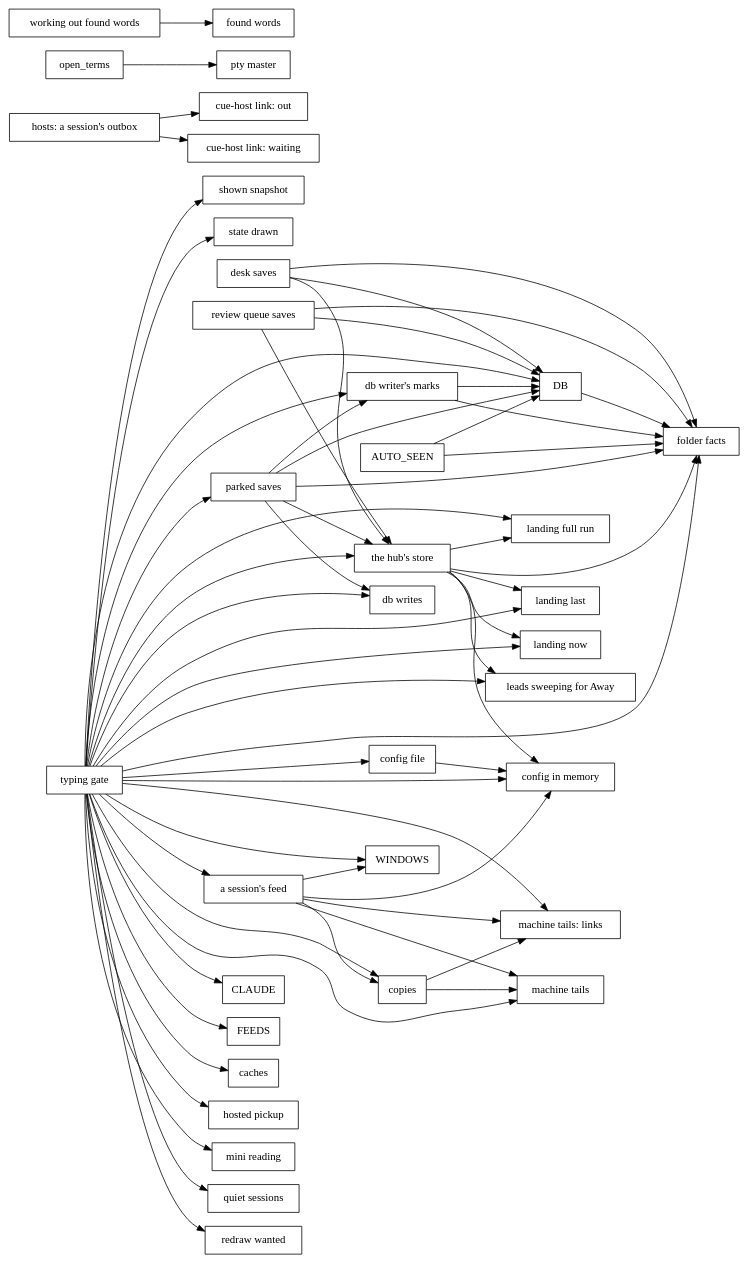
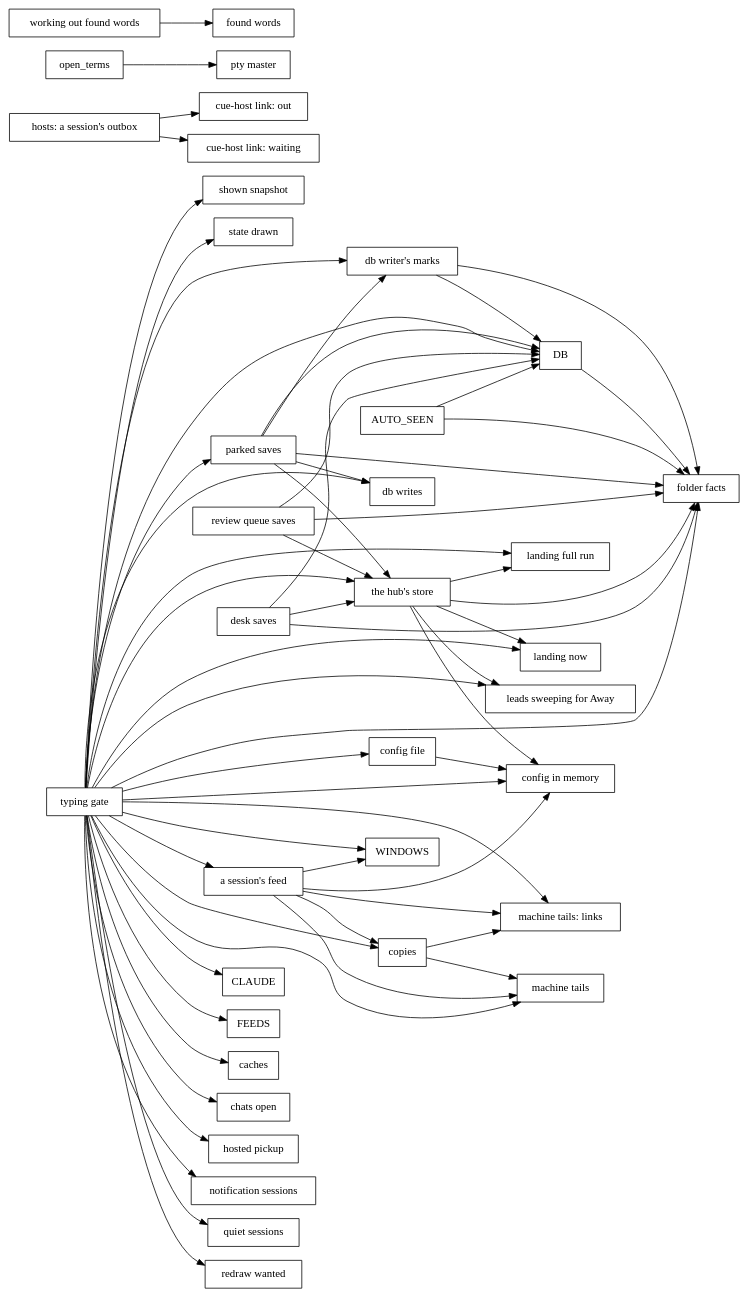
The diagram in docs/dev/lock-graph.dot (spacegrowth/cue), drawn with Graphviz before and after one commit. The commit also changed 61 other files, not shown here.

```diff
--- a/docs/dev/lock-graph.dot
+++ b/docs/dev/lock-graph.dot
@@ -1,65 +1,64 @@
 // Generated by `cargo run -p xtask -- inventory`; don't edit by hand.
 digraph locks {
   rankdir=LR;
   node [shape=box];
   "AUTO_SEEN" -> "DB";
   "AUTO_SEEN" -> "folder facts";
   "DB" -> "folder facts";
   "a session's feed" -> "WINDOWS";
   "a session's feed" -> "config in memory";
   "a session's feed" -> "copies";
   "a session's feed" -> "machine tails";
   "a session's feed" -> "machine tails: links";
   "config file" -> "config in memory";
   "copies" -> "machine tails";
   "copies" -> "machine tails: links";
   "db writer's marks" -> "DB";
   "db writer's marks" -> "folder facts";
   "desk saves" -> "DB";
   "desk saves" -> "folder facts";
   "desk saves" -> "the hub's store";
   "hosts: a session's outbox" -> "cue-host link: out";
   "hosts: a session's outbox" -> "cue-host link: waiting";
   "open_terms" -> "pty master";
   "parked saves" -> "DB";
   "parked saves" -> "db writer's marks";
   "parked saves" -> "db writes";
   "parked saves" -> "folder facts";
   "parked saves" -> "the hub's store";
   "review queue saves" -> "DB";
   "review queue saves" -> "folder facts";
   "review queue saves" -> "the hub's store";
   "the hub's store" -> "config in memory";
   "the hub's store" -> "folder facts";
   "the hub's store" -> "landing full run";
-  "the hub's store" -> "landing last";
   "the hub's store" -> "landing now";
   "the hub's store" -> "leads sweeping for Away";
   "typing gate" -> "CLAUDE";
   "typing gate" -> "DB";
   "typing gate" -> "FEEDS";
   "typing gate" -> "WINDOWS";
   "typing gate" -> "a session's feed";
   "typing gate" -> "caches";
+  "typing gate" -> "chats open";
   "typing gate" -> "config file";
   "typing gate" -> "config in memory";
   "typing gate" -> "copies";
   "typing gate" -> "db writer's marks";
   "typing gate" -> "db writes";
   "typing gate" -> "folder facts";
   "typing gate" -> "hosted pickup";
   "typing gate" -> "landing full run";
-  "typing gate" -> "landing last";
   "typing gate" -> "landing now";
   "typing gate" -> "leads sweeping for Away";
   "typing gate" -> "machine tails";
   "typing gate" -> "machine tails: links";
-  "typing gate" -> "mini reading";
+  "typing gate" -> "notification sessions";
   "typing gate" -> "parked saves";
   "typing gate" -> "quiet sessions";
   "typing gate" -> "redraw wanted";
   "typing gate" -> "shown snapshot";
   "typing gate" -> "state drawn";
   "typing gate" -> "the hub's store";
   "working out found words" -> "found words";
 }
```
